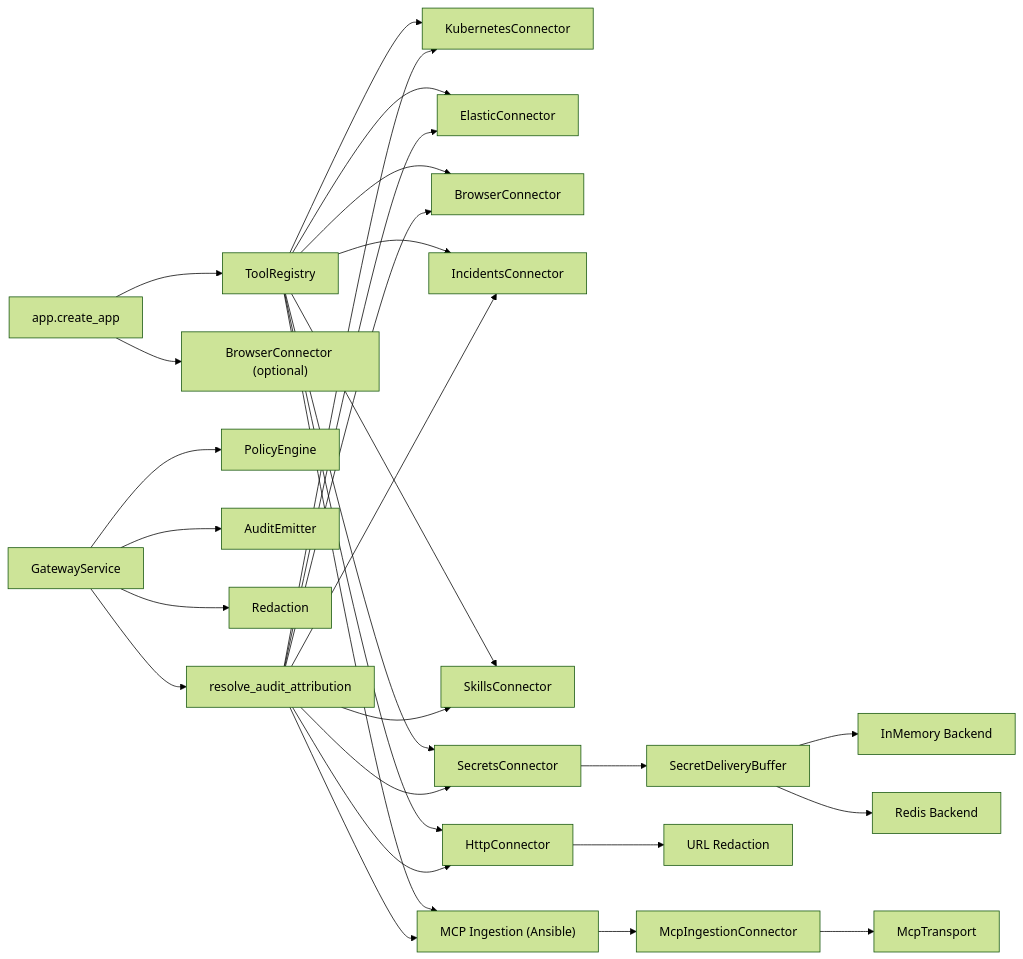
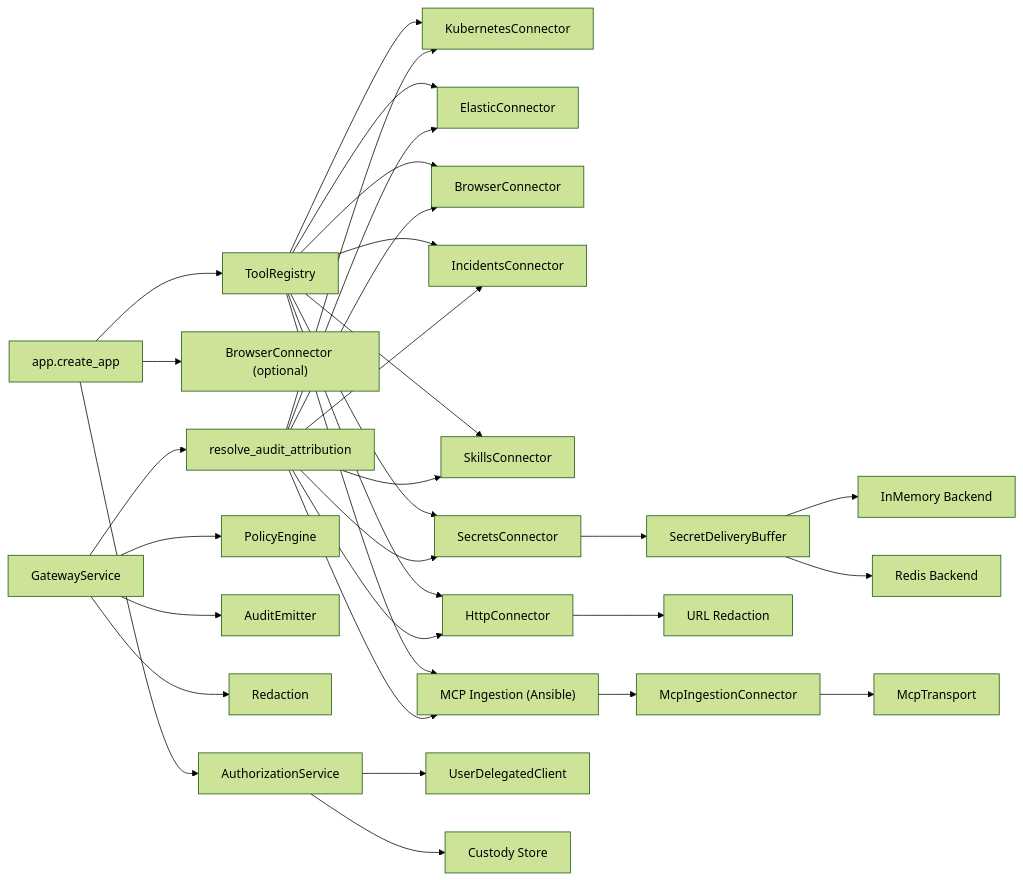
One commit to metasync/luban-aiops changed diagram 17 of 17 in .qoder/repowiki/en/content/Core Services/Tool Gateway/Tool Gateway.md. Above: the diagram before and after it, drawn with Mermaid (forest theme). The commit also changed other lines of this file and 215 other files, not shown here.

````diff
--- a/.qoder/repowiki/en/content/Core Services/Tool Gateway/Tool Gateway.md
+++ b/.qoder/repowiki/en/content/Core Services/Tool Gateway/Tool Gateway.md
@@ -696,31 +1014,34 @@
 ```mermaid
 graph LR
 App["app.create_app"] --> Reg["ToolRegistry"]
 App --> Browser["BrowserConnector (optional)"]
+App --> AuthSvc["AuthorizationService"]
 Reg --> K8s["KubernetesConnector"]
 Reg --> ES["ElasticConnector"]
 Reg --> Br["BrowserConnector"]
 Reg --> Inc["IncidentsConnector"]
 Reg --> Sk["SkillsConnector"]
 Reg --> Http["HttpConnector"]
 Reg --> Secrets["SecretsConnector"]
 Reg --> Mcp["MCP Ingestion (Ansible)"]
+AuthSvc --> OAuthClient["UserDelegatedClient"]
+AuthSvc --> Custody["Custody Store"]
 Mcp --> McpAdapter["McpIngestionConnector"]
 McpAdapter --> Transport["McpTransport"]
 Http --> UrlRedact["URL Redaction"]
 Secrets --> Buffer["SecretDeliveryBuffer"]
 Buffer --> Memory["InMemory Backend"]
 Buffer --> Redis["Redis Backend"]
 GS["GatewayService"] --> PE["PolicyEngine"]
 GS --> AE["AuditEmitter"]
 GS --> RD["Redaction"]
 GS --> AA["resolve_audit_attribution"]
 AA --> K8s
 AA --> ES
 AA --> Br
 AA --> Inc
 AA --> Sk
 AA --> Http
 AA --> Secrets
 AA --> Mcp
 ```
````
